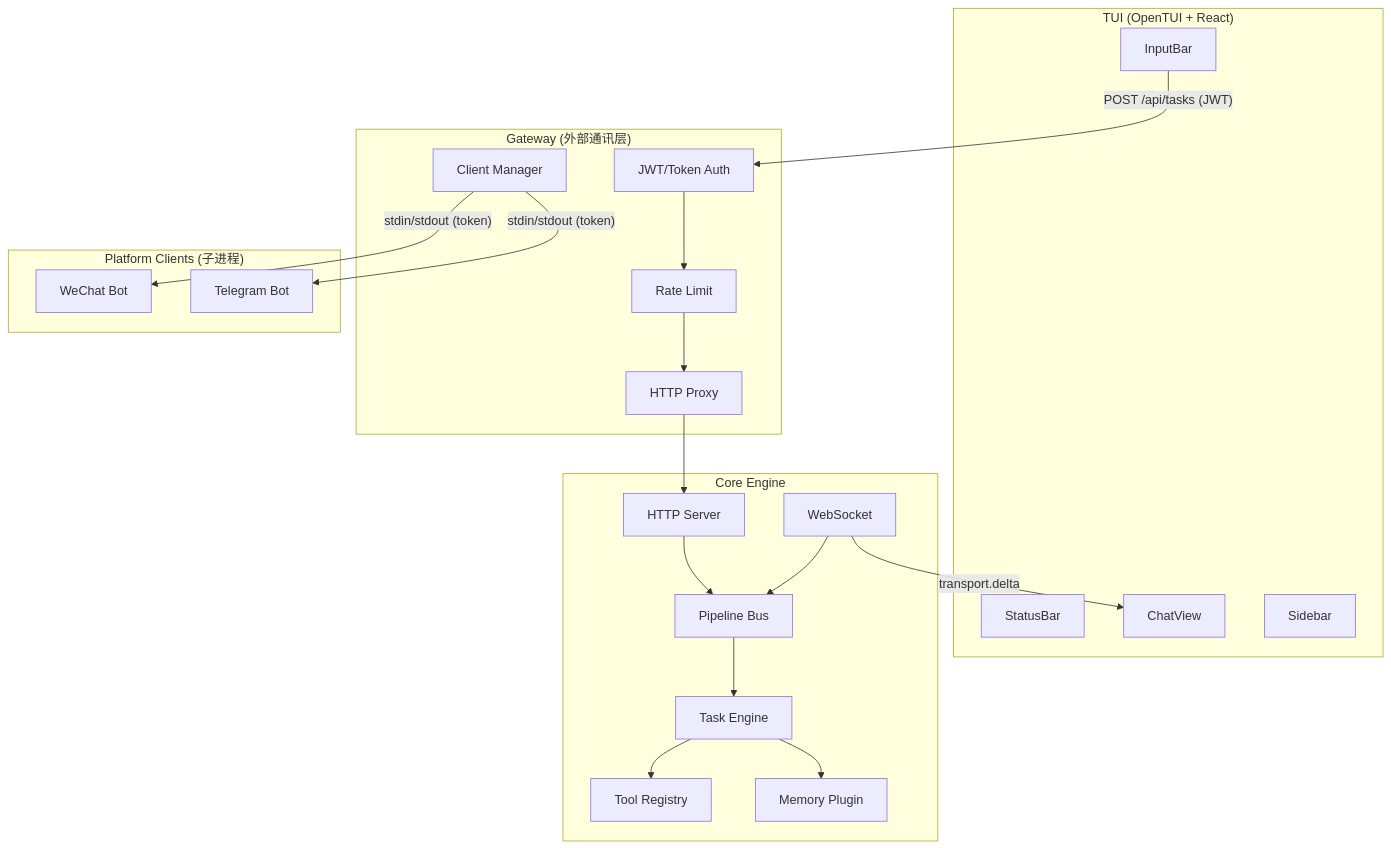
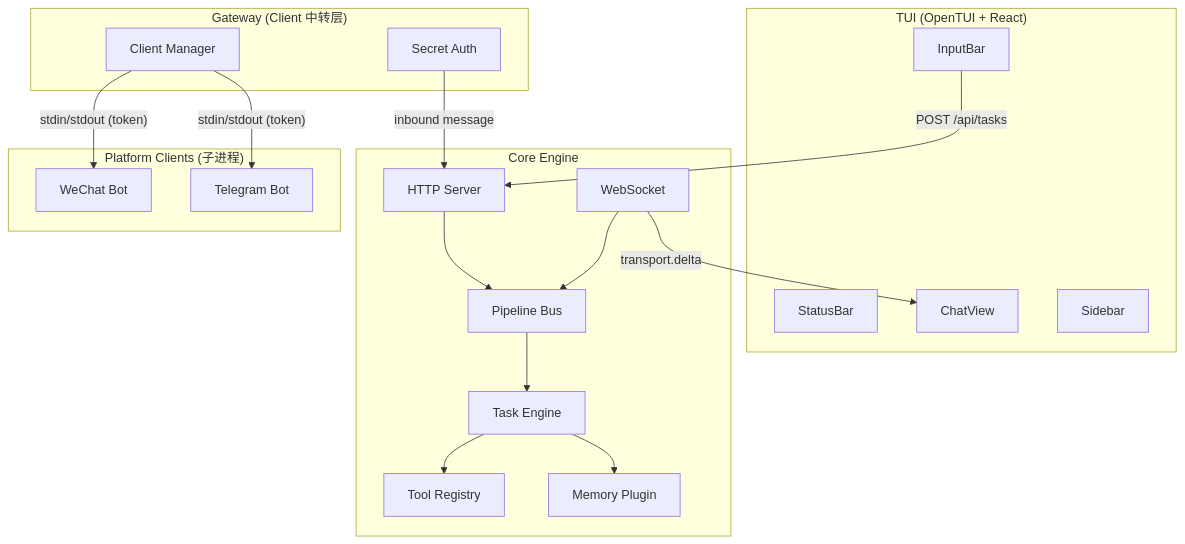
The diagram in docs/overview/architecture.md (aokihu/atom_neo), drawn with Mermaid before and after one commit. The commit also changed other lines of this file and 19 other files, not shown here.

First line of the commit message:
docs: simplify Gateway to client-only relay, remove JWT/rate-limit/proxy docs

````diff
--- a/docs/overview/architecture.md
+++ b/docs/overview/architecture.md
@@ -26,43 +26,40 @@
 ```mermaid
 graph TB
     subgraph TUI["TUI (OpenTUI + React)"]
         StatusBar["StatusBar"]
         ChatView["ChatView"]
         InputBar["InputBar"]
         Sidebar["Sidebar"]
     end
 
-    subgraph Gateway["Gateway (外部通讯层)"]
+    subgraph Gateway["Gateway (Client 中转层)"]
         ClientMgr["Client Manager"]
-        Auth["JWT/Token Auth"]
-        Rate["Rate Limit"]
-        Proxy["HTTP Proxy"]
-        Auth --> Rate --> Proxy
+        SecretAuth["Secret Auth"]
     end
 
     subgraph Clients["Platform Clients (子进程)"]
         WeChat["WeChat Bot"]
         Telegram["Telegram Bot"]
     end
 
     subgraph Core["Core Engine"]
         HTTP["HTTP Server"]
         Bus["Pipeline Bus"]
         ToolReg["Tool Registry"]
         TaskEng["Task Engine"]
         WS["WebSocket"]
         Memory["Memory Plugin"]
 
         HTTP --> Bus
         Bus --> TaskEng
         TaskEng --> ToolReg
         TaskEng --> Memory
         WS --> Bus
     end
 
-    InputBar -->|"POST /api/tasks (JWT)"| Auth
+    InputBar -->|"POST /api/tasks"| HTTP
     ClientMgr -->|"stdin/stdout (token)"| WeChat
     ClientMgr -->|"stdin/stdout (token)"| Telegram
-    Proxy --> HTTP
+    SecretAuth -->|"inbound message"| HTTP
     WS -->|"transport.delta"| ChatView
 ```
````
